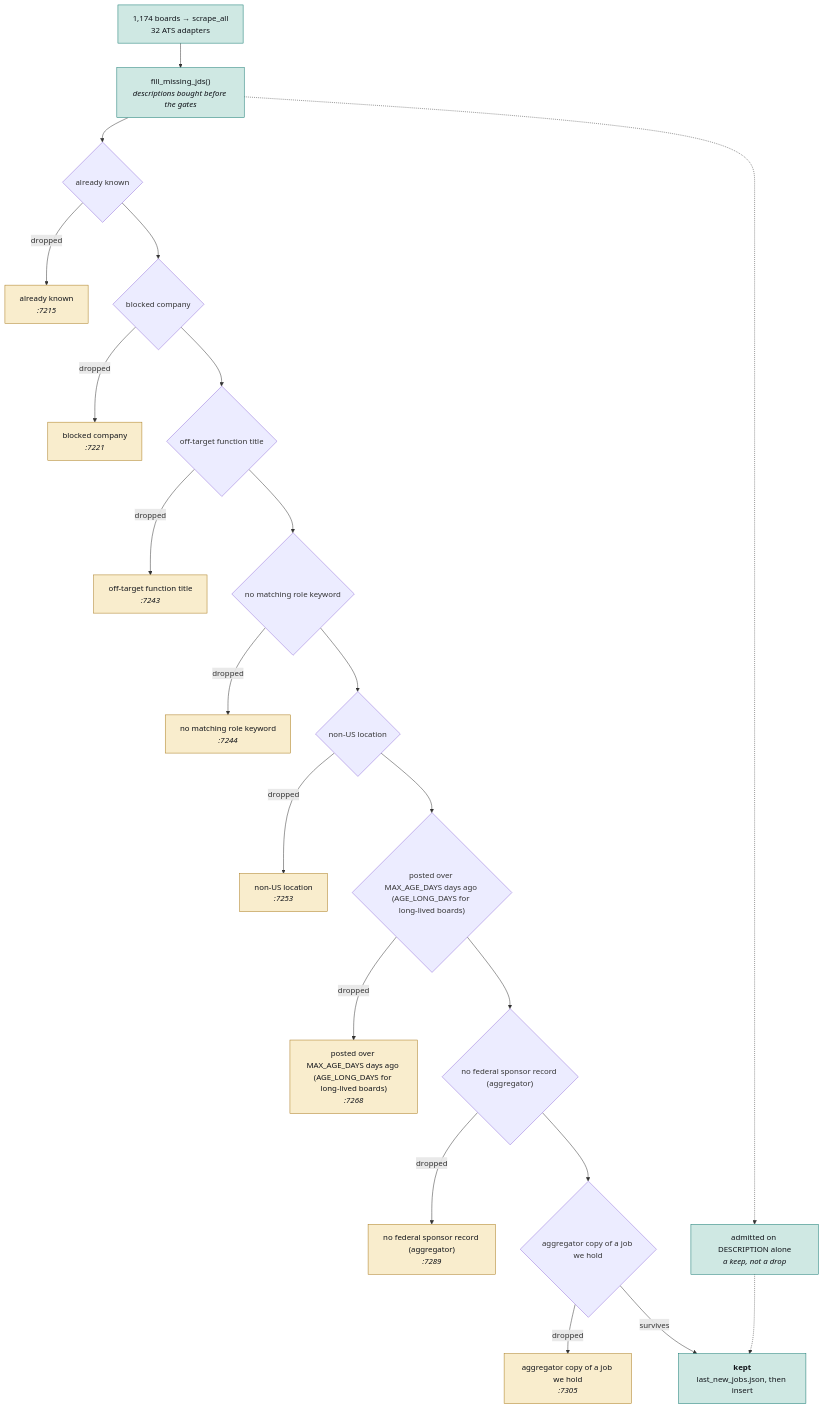
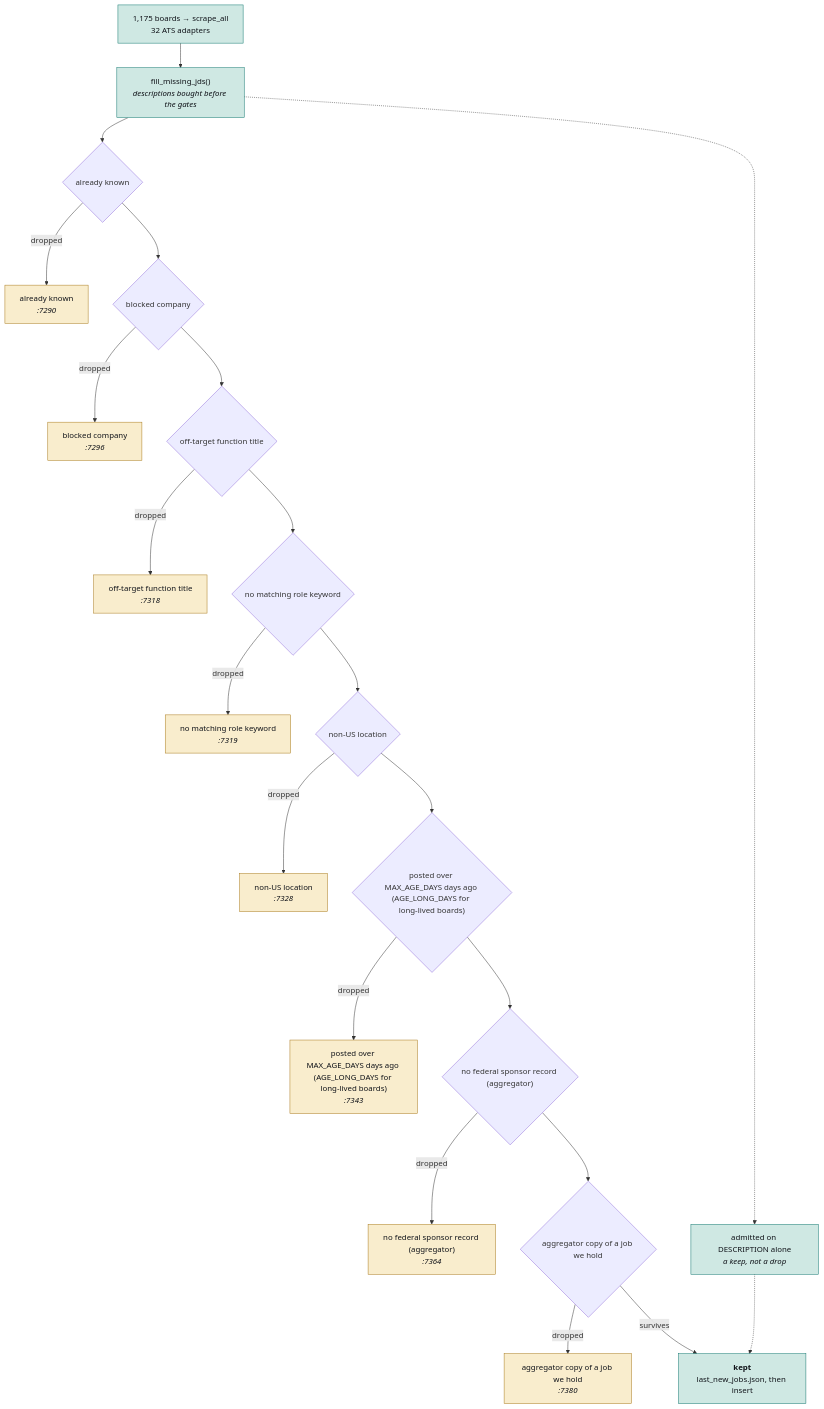
The second of 4 diagrams in JobMatch Scraper/docs/ARCHITECTURE.md (hadakunal909-debug/job-search-tool), drawn with Mermaid before and after one commit. The commit also changed other lines of this file and 6 other files, not shown here.

````diff
--- a/JobMatch Scraper/docs/ARCHITECTURE.md
+++ b/JobMatch Scraper/docs/ARCHITECTURE.md
@@ -106,54 +106,54 @@
 ```mermaid
 flowchart TB
-  SRC["1,174 boards → scrape_all<br/>32 ATS adapters"]
+  SRC["1,175 boards → scrape_all<br/>32 ATS adapters"]
   JD["fill_missing_jds()<br/><i>descriptions bought before the gates</i>"]
   SRC --> JD
   G0{"already known"}
-  D0["already known<br/><i>:7215</i>"]
+  D0["already known<br/><i>:7290</i>"]
   JD --> G0
   G0 -->|dropped| D0
   class D0 trap
   G1{"blocked company"}
-  D1["blocked company<br/><i>:7221</i>"]
+  D1["blocked company<br/><i>:7296</i>"]
   G0 --> G1
   G1 -->|dropped| D1
   class D1 trap
   G2{"off-target function title"}
-  D2["off-target function title<br/><i>:7243</i>"]
+  D2["off-target function title<br/><i>:7318</i>"]
   G1 --> G2
   G2 -->|dropped| D2
   class D2 trap
   G3{"no matching role keyword"}
-  D3["no matching role keyword<br/><i>:7244</i>"]
+  D3["no matching role keyword<br/><i>:7319</i>"]
   G2 --> G3
   G3 -->|dropped| D3
   class D3 trap
   G4{"non-US location"}
-  D4["non-US location<br/><i>:7253</i>"]
+  D4["non-US location<br/><i>:7328</i>"]
   G3 --> G4
   G4 -->|dropped| D4
   class D4 trap
   G5{"posted over MAX_AGE_DAYS days ago (AGE_LONG_DAYS for long-lived boards)"}
-  D5["posted over MAX_AGE_DAYS days ago (AGE_LONG_DAYS for long-lived boards)<br/><i>:7268</i>"]
+  D5["posted over MAX_AGE_DAYS days ago (AGE_LONG_DAYS for long-lived boards)<br/><i>:7343</i>"]
   G4 --> G5
   G5 -->|dropped| D5
   class D5 trap
   G6{"no federal sponsor record (aggregator)"}
-  D6["no federal sponsor record (aggregator)<br/><i>:7289</i>"]
+  D6["no federal sponsor record (aggregator)<br/><i>:7364</i>"]
   G5 --> G6
   G6 -->|dropped| D6
   class D6 trap
   G7{"aggregator copy of a job we hold"}
-  D7["aggregator copy of a job we hold<br/><i>:7305</i>"]
+  D7["aggregator copy of a job we hold<br/><i>:7380</i>"]
   G6 --> G7
   G7 -->|dropped| D7
   class D7 trap
   KEEP["<b>kept</b><br/>last_new_jobs.json, then insert"]
   G7 -->|survives| KEEP
   RESCUE["admitted on DESCRIPTION alone<br/><i>a keep, not a drop</i>"]
   JD -.-> RESCUE
   RESCUE -.-> KEEP
   classDef trap fill:#f9edcd,stroke:#a8781a,color:#101319
   classDef sched fill:#cfe8e3,stroke:#0f766e,color:#101319
   class SRC,JD,KEEP,RESCUE sched
 ```
````
